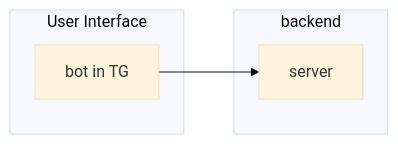
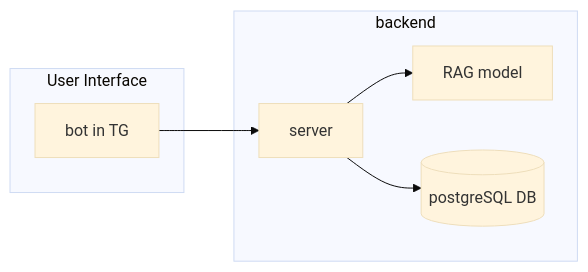
The diagram in README.md (Ed-Isakov/Tourist_agency_consultant), drawn with Mermaid (base theme) before and after one commit.

````diff
--- a/README.md
+++ b/README.md
@@ -87,12 +87,16 @@
 ```mermaid
 flowchart LR
     subgraph User Interface
         tg_bot["bot in TG"]
     end
 
     subgraph backend
         server["server"]
+        rag_model["RAG model"]
+        postgresql_db[("postgreSQL DB")]
     end
 
     tg_bot --> server
+    server --> rag_model
+    server --> postgresql_db
 ```
````
